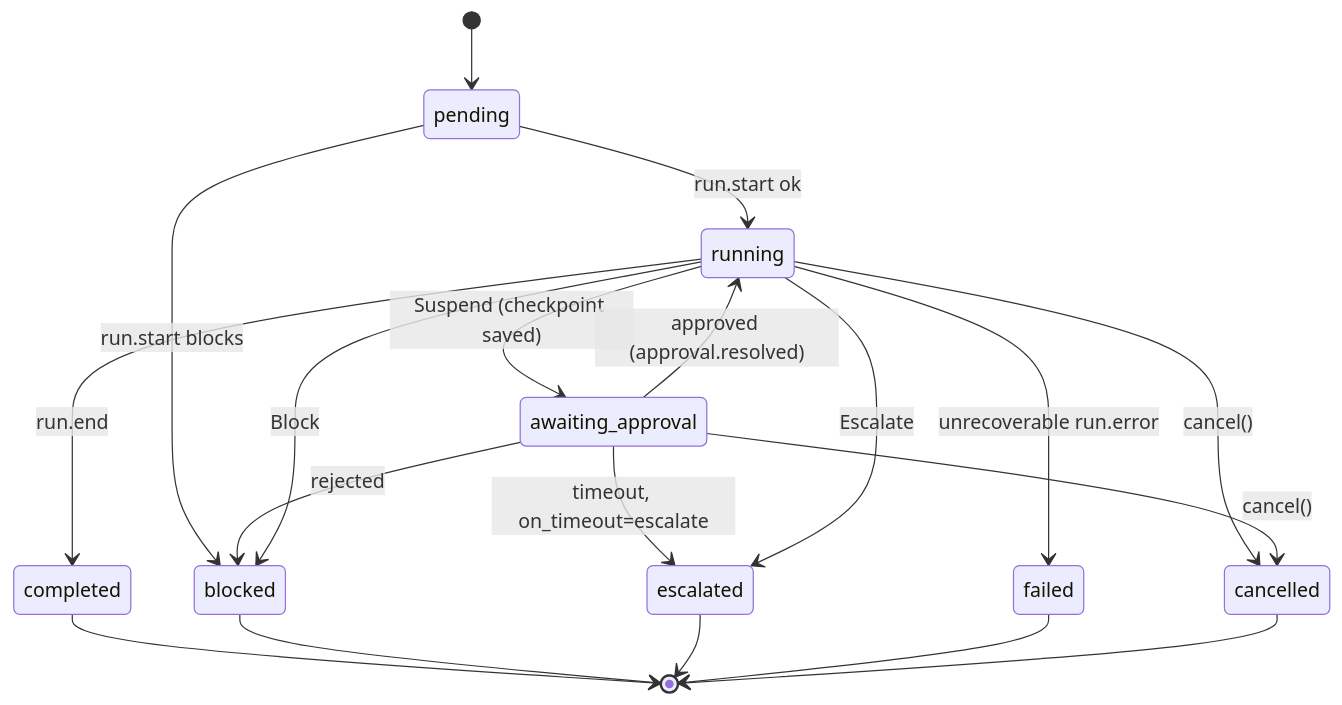
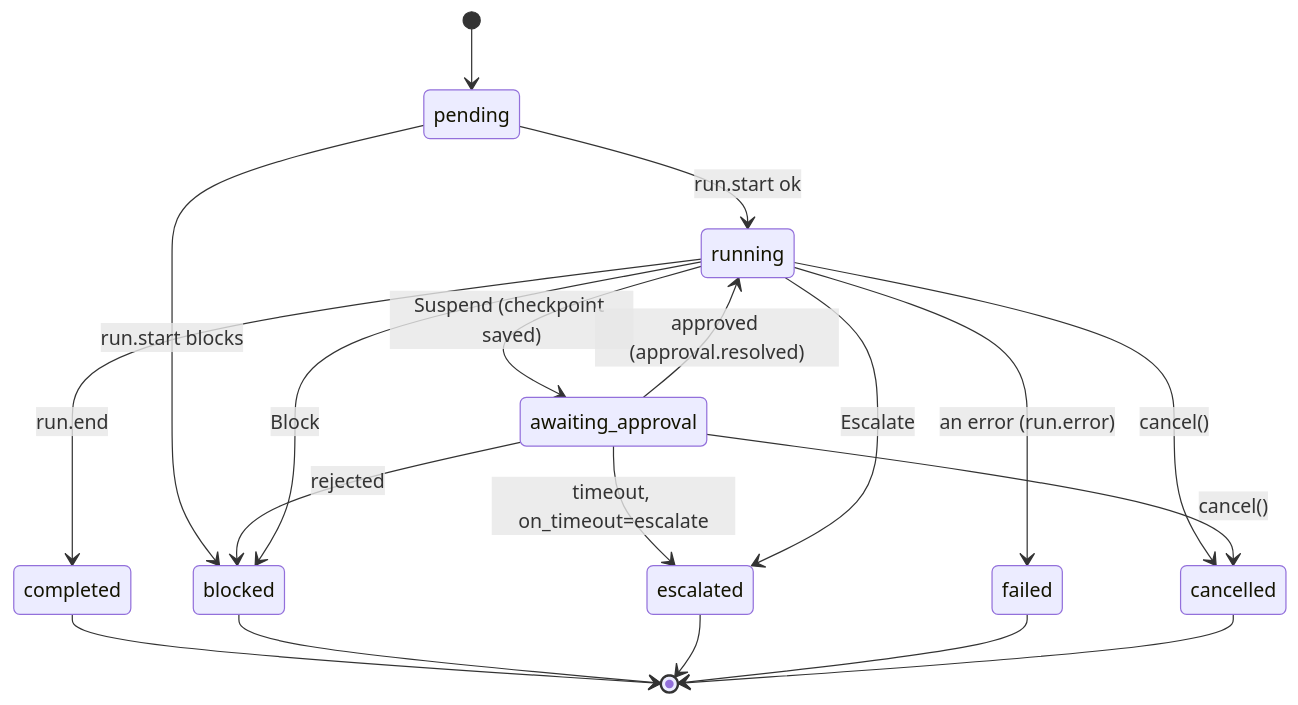
Before and after one commit to Wise-DreamerZ/HarnessWeaver: diagram 11 of 17 in DESIGNS.md, drawn with Mermaid. The commit also changed other lines of this file and 13 other files, not shown here.

First line of the commit message:
docs: say what run.error and the org baseline actually do

````diff
--- a/DESIGNS.md
+++ b/DESIGNS.md
@@ -882,21 +884,21 @@
 ```mermaid
 stateDiagram-v2
     [*] --> pending
     pending --> running: run.start ok
     pending --> blocked: run.start blocks
     running --> awaiting_approval: Suspend (checkpoint saved)
     awaiting_approval --> running: approved (approval.resolved)
     awaiting_approval --> blocked: rejected
     awaiting_approval --> escalated: timeout, on_timeout=escalate
     running --> escalated: Escalate
     running --> blocked: Block
-    running --> failed: unrecoverable run.error
+    running --> failed: an error (run.error)
     running --> cancelled: cancel()
     awaiting_approval --> cancelled: cancel()
     running --> completed: run.end
     completed --> [*]
     blocked --> [*]
     escalated --> [*]
     failed --> [*]
     cancelled --> [*]
 ```
````
